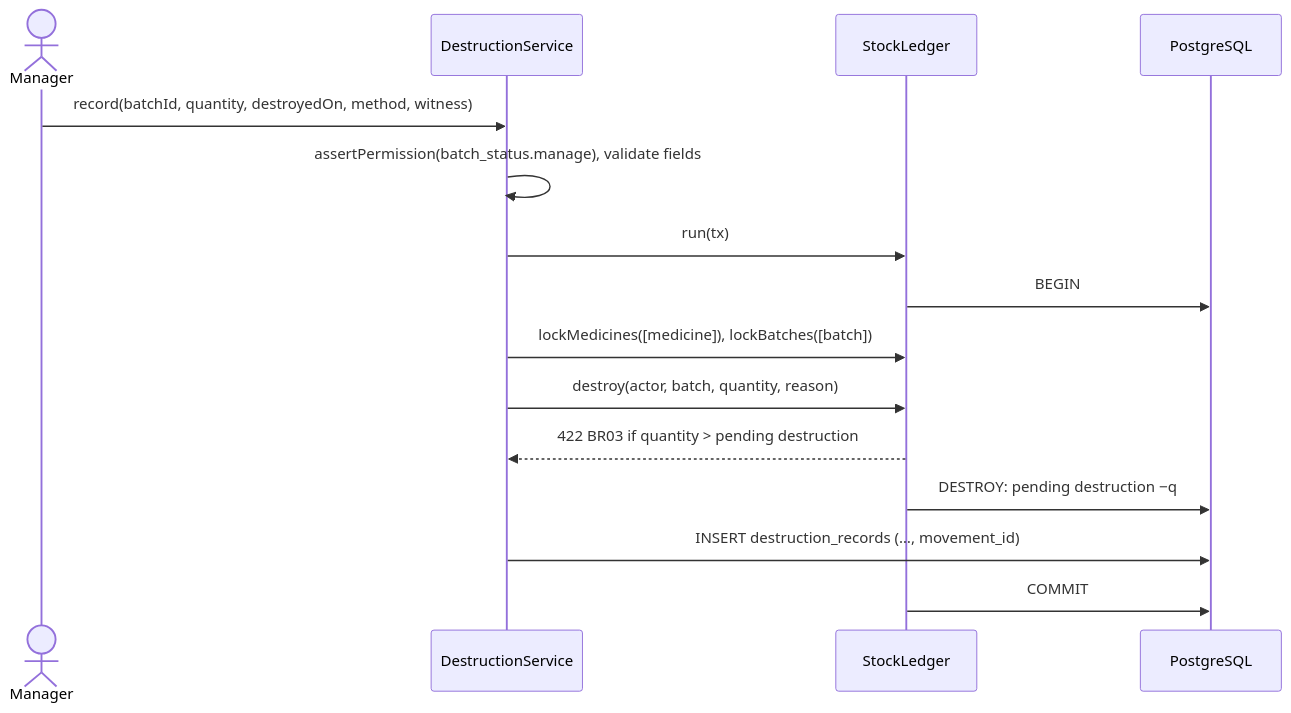
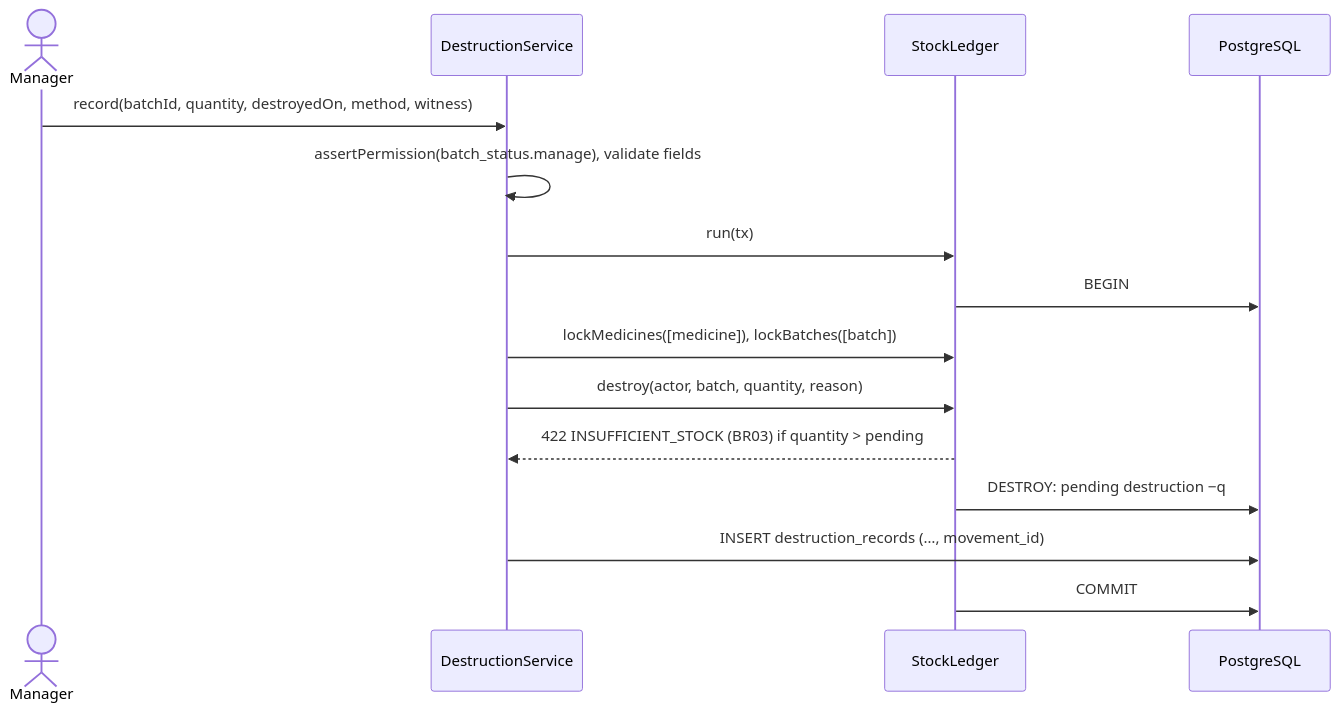
One commit to NeitLN/261_72ITSE41704_2474802010391_PharmacyStock changed the second of 2 diagrams in docs/requirements/use-cases/UC11-expiry-batch-status-quarantine.md. Above: the diagram before and after it, drawn with Mermaid. The commit also changed other lines of this file, not shown here.

````diff
--- a/docs/requirements/use-cases/UC11-expiry-batch-status-quarantine.md
+++ b/docs/requirements/use-cases/UC11-expiry-batch-status-quarantine.md
@@ -236,18 +237,18 @@
 ```mermaid
 sequenceDiagram
     actor M as Manager
     participant S as DestructionService
     participant L as StockLedger
     participant DB as PostgreSQL
 
     M->>S: record(batchId, quantity, destroyedOn, method, witness)
     S->>S: assertPermission(batch_status.manage), validate fields
     S->>L: run(tx)
     L->>DB: BEGIN
     S->>L: lockMedicines([medicine]), lockBatches([batch])
     S->>L: destroy(actor, batch, quantity, reason)
-    L-->>S: 422 BR03 if quantity > pending destruction
+    L-->>S: 422 INSUFFICIENT_STOCK (BR03) if quantity > pending
     L->>DB: DESTROY: pending destruction −q
     S->>DB: INSERT destruction_records (…, movement_id)
     L->>DB: COMMIT
 ```
````
